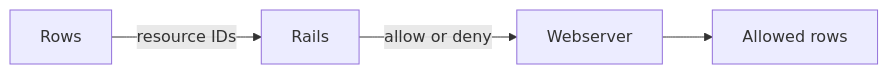
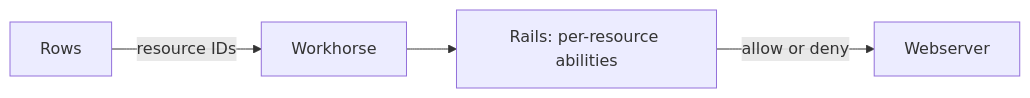
The fifth of 6 diagrams in docs/pages/engineering/architecture/querying.md (gitlabhq/orbit-knowledge-graph), drawn with Mermaid before and after one commit. The commit also changed other lines of this file and 2 other files, not shown here.

Commit message:
docs(architecture): tighten the querying pages and add the engine walkthrough

````diff
--- a/docs/pages/engineering/architecture/querying.md
+++ b/docs/pages/engineering/architecture/querying.md
@@ -93,6 +93,6 @@
 ```mermaid
 flowchart LR
-    Rows -- resource IDs --> Rails
+    Rows -- resource IDs --> Workhorse
+    Workhorse --> Rails[Rails: per-resource abilities]
     Rails -- allow or deny --> Webserver
-    Webserver --> Kept[Allowed rows]
 ```
````
